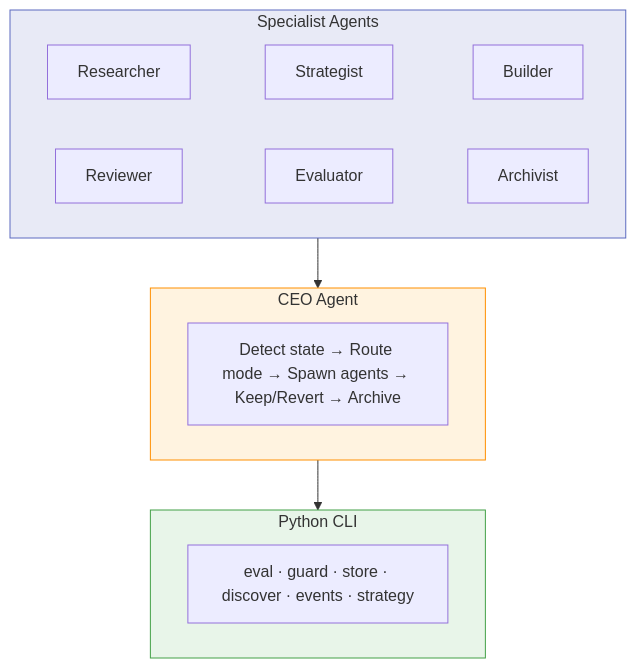
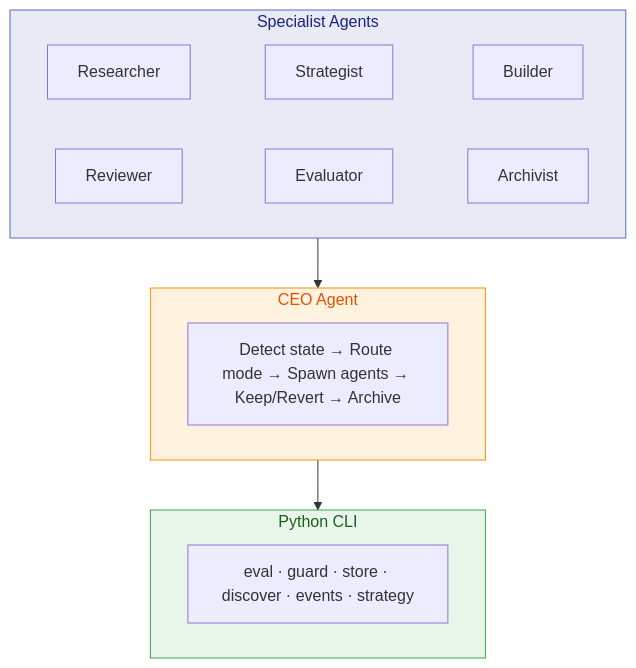
One commit to akashgit/remote-factory changed the third of 4 diagrams in docs/index.md. Above: the diagram before and after it, drawn with Mermaid. The commit also changed other lines of this file and 2 other files, not shown here.

First line of the commit message:
fix: make Mermaid diagram text readable in both light and dark mode

````diff
--- a/docs/index.md
+++ b/docs/index.md
@@ -109,19 +116,19 @@
 ```mermaid
 graph TB
     subgraph agents ["Specialist Agents"]
         R["Researcher"] ~~~ S["Strategist"] ~~~ BU["Builder"]
         RE["Reviewer"] ~~~ EV["Evaluator"] ~~~ AR["Archivist"]
     end
     subgraph ceo ["CEO Agent"]
         C["Detect state → Route mode → Spawn agents → Keep/Revert → Archive"]
     end
     subgraph cli ["Python CLI"]
         T["eval · guard · store · discover · events · strategy"]
     end
 
     agents --> ceo --> cli
 
-    style agents fill:#e8eaf6,stroke:#5c6bc0
-    style ceo fill:#fff3e0,stroke:#ff8f00
-    style cli fill:#e8f5e9,stroke:#43a047
+    style agents fill:#e8eaf6,stroke:#5c6bc0,color:#1a237e
+    style ceo fill:#fff3e0,stroke:#ff8f00,color:#e65100
+    style cli fill:#e8f5e9,stroke:#43a047,color:#1b5e20
 ```
````
